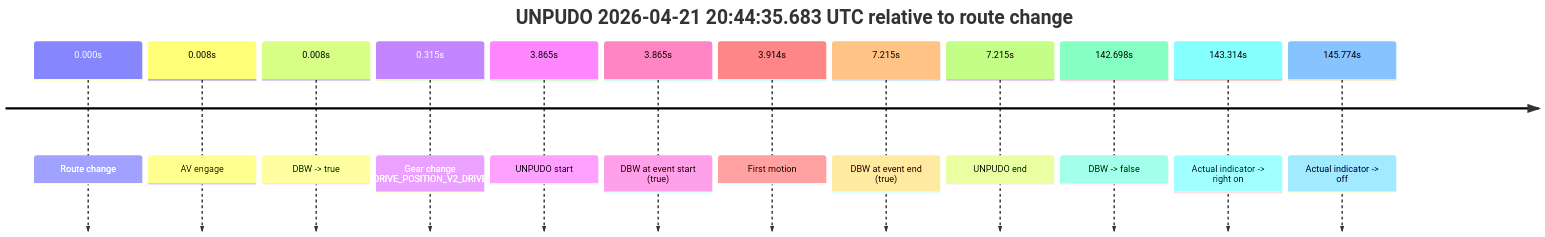
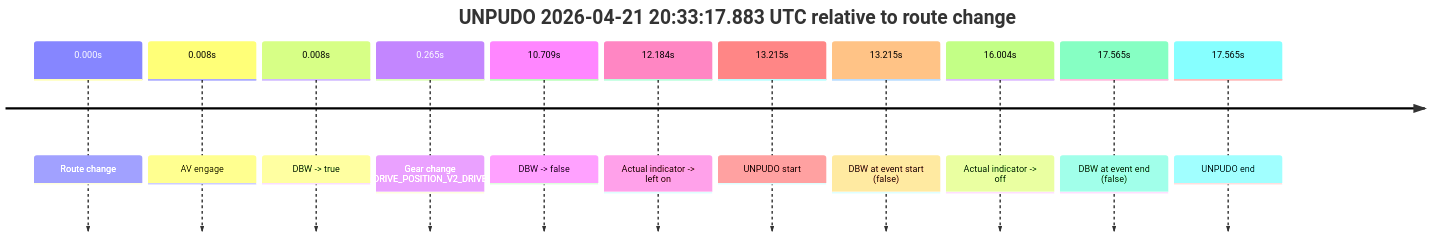
One commit to yoelshapiro/vault changed the second of 7 diagrams in model_analysis/report_cards/2026/04/Week-4/fme20018--2026-04-21--20-26-11--gen2-av-c4a8e9b9-98b0-4dc2-ac2b-0fded51c1291.md. Above: the diagram before and after it, drawn with Mermaid. The commit also changed other lines of this file and 53 other files, not shown here.

````diff
--- a/model_analysis/report_cards/2026/04/Week-4/fme20018--2026-04-21--20-26-11--gen2-av-c4a8e9b9-98b0-4dc2-ac2b-0fded51c1291.md
+++ b/model_analysis/report_cards/2026/04/Week-4/fme20018--2026-04-21--20-26-11--gen2-av-c4a8e9b9-98b0-4dc2-ac2b-0fded51c1291.md
@@ -45,16 +149,15 @@
 ```mermaid
 timeline
-    title UNPUDO 2026-04-21 20:44:35.683 UTC relative to route change
+    title UNPUDO 2026-04-21 20:33:17.883 UTC relative to route change
     0.000s : Route change
     0.008s : AV engage
     0.008s : DBW -> true
-    0.315s : Gear change (DRIVE_POSITION_V2_DRIVE)
-    3.865s : UNPUDO start
-    3.865s : DBW at event start (true)
-    3.914s : First motion
-    7.215s : DBW at event end (true)
-    7.215s : UNPUDO end
-    142.698s : DBW -> false
-    143.314s : Actual indicator -> right on
-    145.774s : Actual indicator -> off
+    0.265s : Gear change (DRIVE_POSITION_V2_DRIVE)
+    10.709s : DBW -> false
+    12.184s : Actual indicator -> left on
+    13.215s : UNPUDO start
+    13.215s : DBW at event start (false)
+    16.004s : Actual indicator -> off
+    17.565s : DBW at event end (false)
+    17.565s : UNPUDO end
 ```
````
